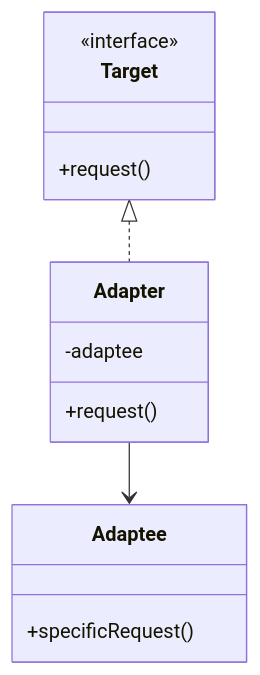
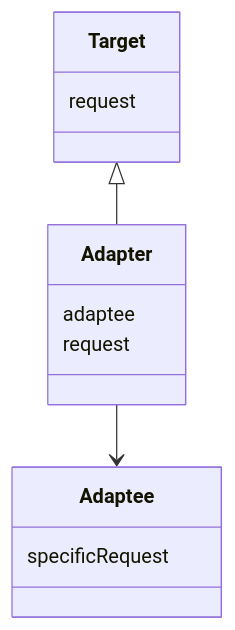
The fifth of 7 diagrams in src/content/lld-adapter-design-pattern.md (gojosatoru123-ux/CacheU), drawn with Mermaid before and after one commit. The commit also changed other lines of this file and 21 other files, not shown here.

````diff
--- a/src/content/lld-adapter-design-pattern.md
+++ b/src/content/lld-adapter-design-pattern.md
@@ -331,19 +328,18 @@
 ```mermaid
 classDiagram
-    class Target {
-        <<interface>>
-        +request()
-    }
+class Target {
+    request
+}
 
-    class Adapter {
-        -adaptee
-        +request()
-    }
+class Adapter {
+    adaptee
+    request
+}
 
-    class Adaptee {
-        +specificRequest()
-    }
+class Adaptee {
+    specificRequest
+}
 
-    Target <|.. Adapter
-    Adapter --> Adaptee
+Target <|-- Adapter
+Adapter --> Adaptee
 ```
````
